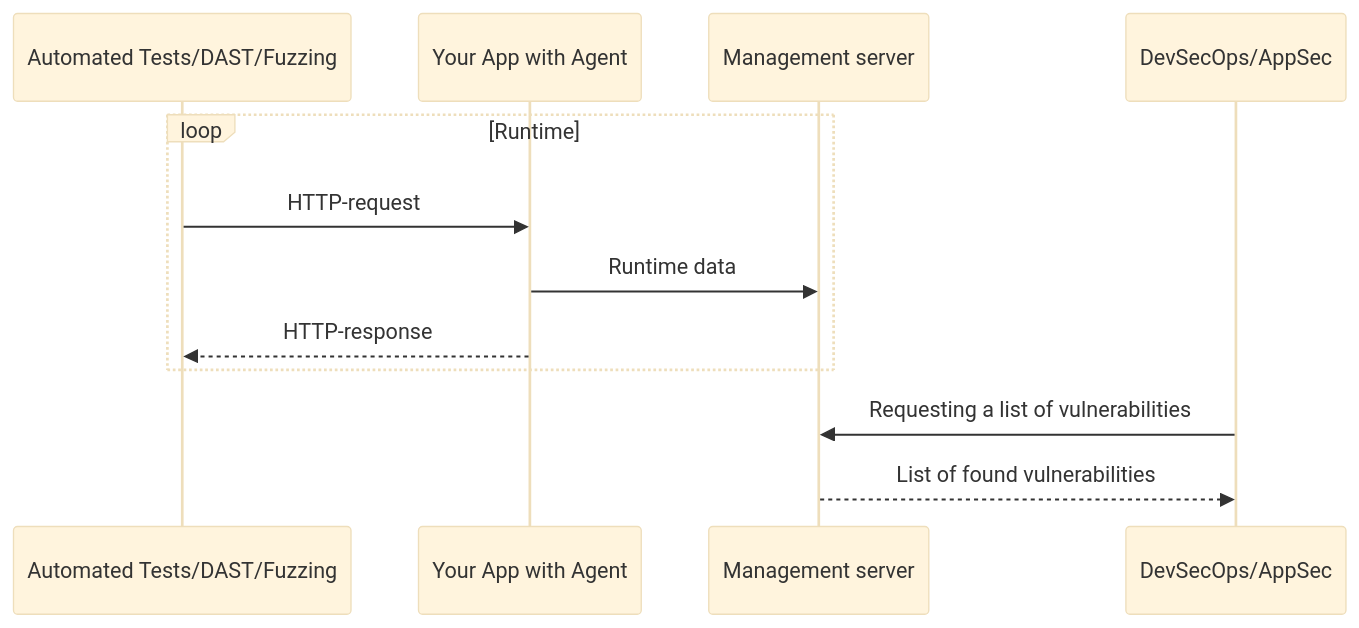
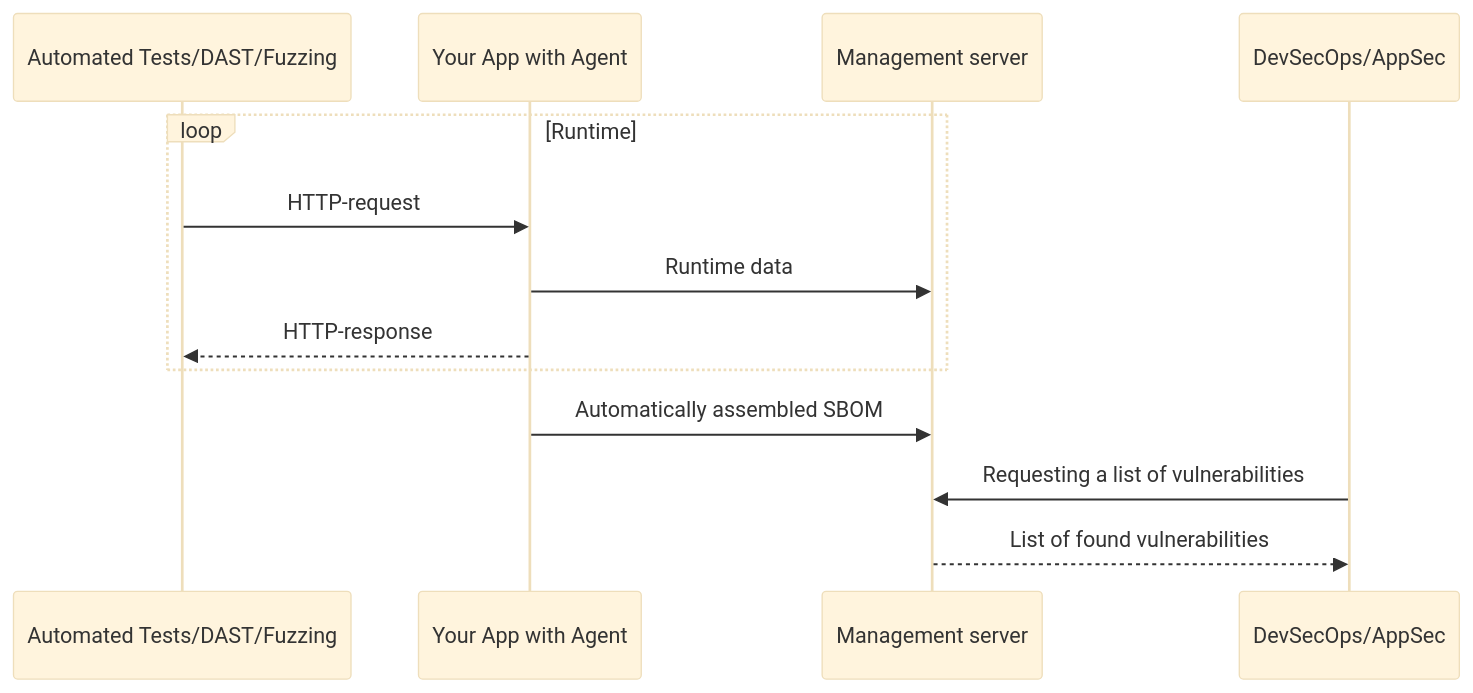
One commit to light-hat/immunity changed the diagram in Readme.md. Above: the diagram before and after it, drawn with Mermaid (base theme). The commit also changed 16 other files, not shown here.

````diff
--- a/Readme.md
+++ b/Readme.md
@@ -30,11 +30,12 @@
 ```mermaid
 sequenceDiagram
 loop Runtime
 Automated Tests/DAST/Fuzzing->>Your App with Agent: HTTP-request
 Your App with Agent->>Management server: Runtime data
 Your App with Agent-->>Automated Tests/DAST/Fuzzing: HTTP-response
 end
+Your App with Agent->>Management server: Automatically assembled SBOM
 DevSecOps/AppSec->>Management server: Requesting a list of vulnerabilities
 Management server-->>DevSecOps/AppSec: List of found vulnerabilities
 
 ```
````
